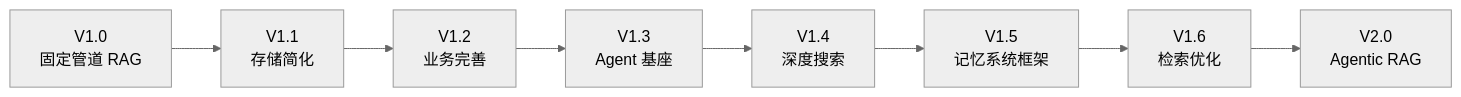
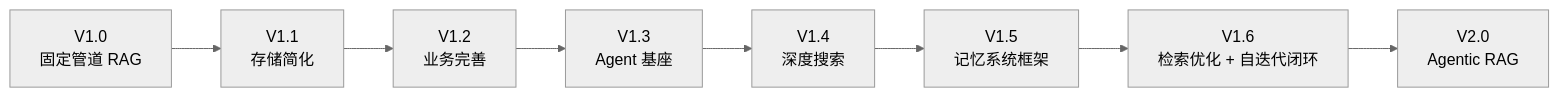
The first of 6 diagrams in docs/ROADMAP.md (int2t05/Cognik), drawn with Mermaid (neutral theme) before and after one commit. The commit also changed other lines of this file and 5 other files, not shown here.

````diff
--- a/docs/ROADMAP.md
+++ b/docs/ROADMAP.md
@@ -15,10 +15,10 @@
 ```mermaid
 flowchart LR
     V1["V1.0<br/>固定管道 RAG"] --> V11["V1.1<br/>存储简化"]
     V11 --> V12["V1.2<br/>业务完善"]
     V12 --> V13["V1.3<br/>Agent 基座"]
     V13 --> V14["V1.4<br/>深度搜索"]
     V14 --> V15["V1.5<br/>记忆系统框架"]
-    V15 --> V16["V1.6<br/>检索优化"]
+    V15 --> V16["V1.6<br/>检索优化 + 自迭代闭环"]
     V16 --> V2["V2.0<br/>Agentic RAG"]
 ```
````
